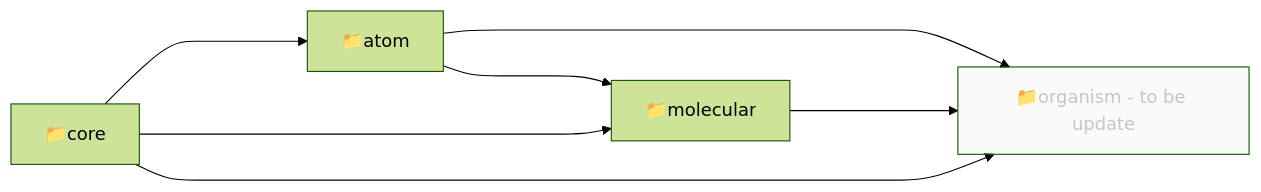
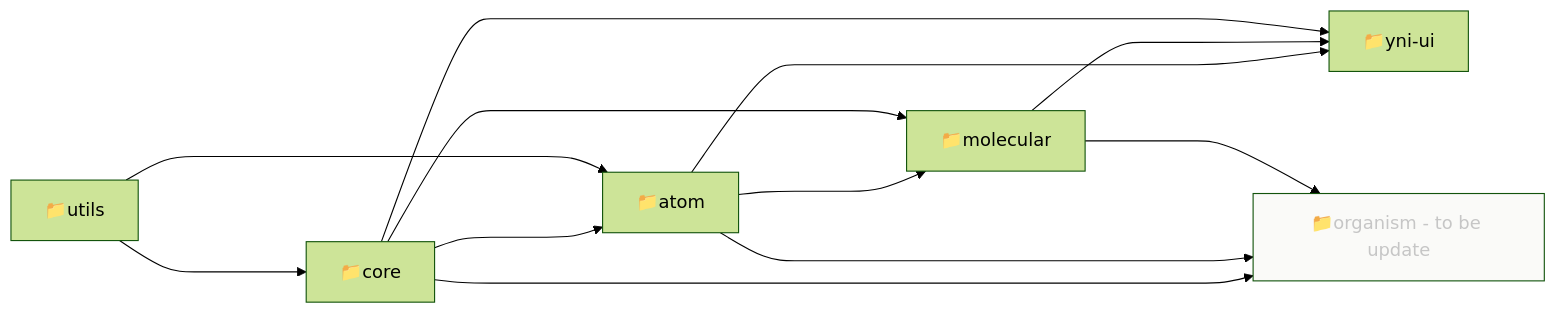
The diagram in README.md (99mini/frontend-libraries), drawn with Mermaid (forest theme) before and after one commit. The commit also changed other lines of this file, not shown here.

````diff
--- a/README.md
+++ b/README.md
@@ -58,10 +33,17 @@
 ```mermaid
 graph LR
     classDef toBeUpdated fill:#EBEBE445, color: #C6C6C6
 
+
     atom[📁atom] ----> molecular[📁molecular]
+
+    core[📁core] ----> atom & molecular & organism
+
+    utils[📁utils] ----> atom & core
+
+    atom & molecular & core ----> yni-ui[📁yni-ui]
 
     atom & molecular ----> organism[📁organism - to be update]:::toBeUpdated
 
-    core[📁core] ----> atom & molecular & organism
+
 ```
````
